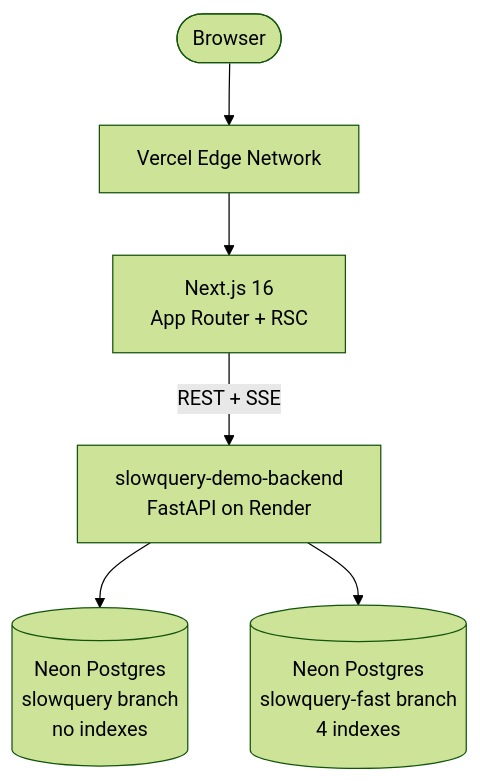
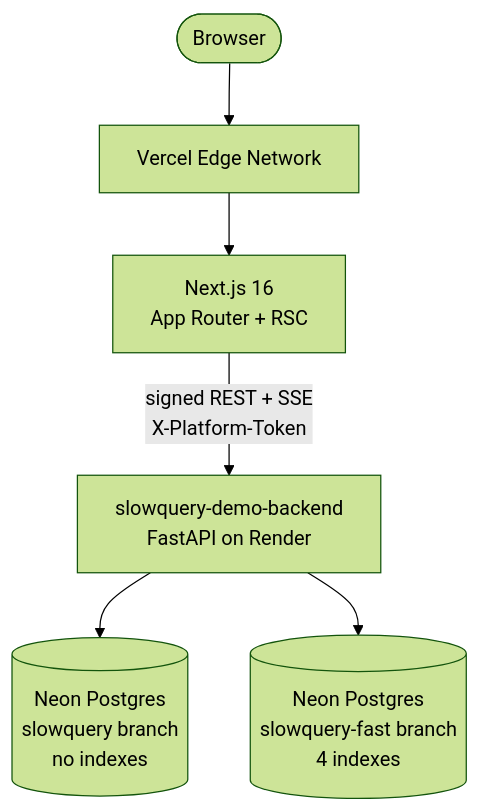
Before and after one commit to Abdul-Muizz1310/slowquery-dashboard-frontend: the first of 3 diagrams in README.md, drawn with Mermaid (forest theme). The commit also changed other lines of this file and 36 other files, not shown here.

````diff
--- a/README.md
+++ b/README.md
@@ -65,8 +66,8 @@
 ```mermaid
 flowchart TD
     Browser([Browser]) --> Vercel[Vercel Edge Network]
     Vercel --> NextJS[Next.js 16<br/>App Router + RSC]
-    NextJS -->|REST + SSE| Backend[slowquery-demo-backend<br/>FastAPI on Render]
+    NextJS -->|signed REST + SSE<br/>X-Platform-Token| Backend[slowquery-demo-backend<br/>FastAPI on Render]
     Backend --> NeonSlow[(Neon Postgres<br/>slowquery branch<br/>no indexes)]
     Backend --> NeonFast[(Neon Postgres<br/>slowquery-fast branch<br/>4 indexes)]
 ```
````
